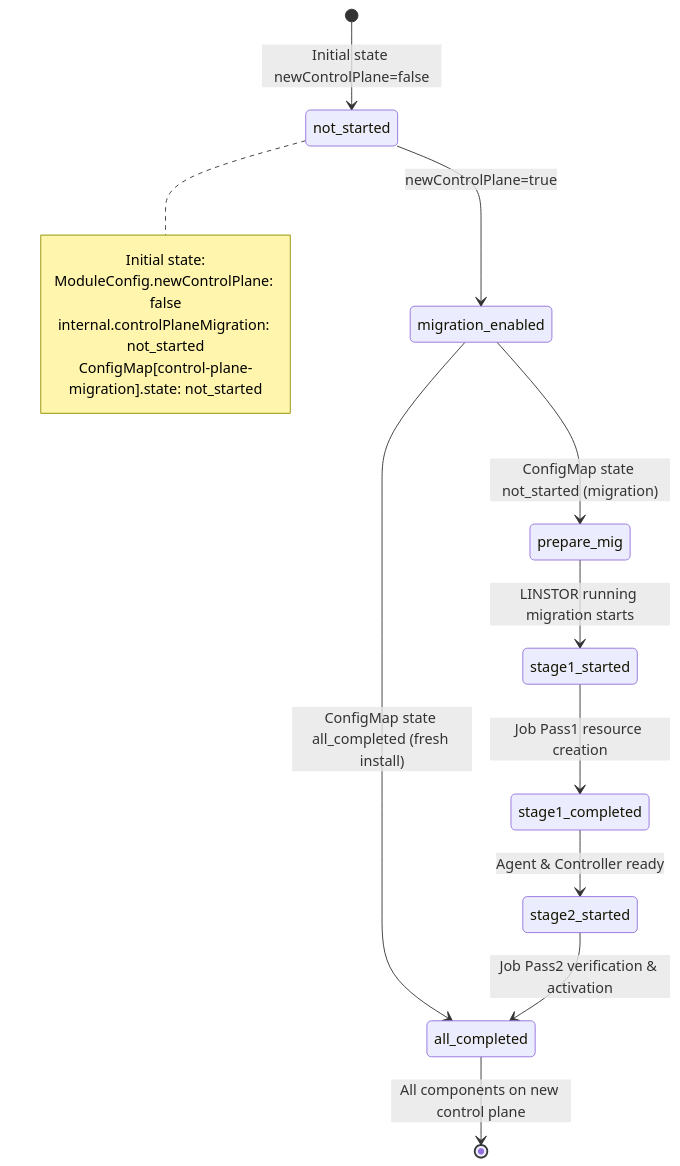
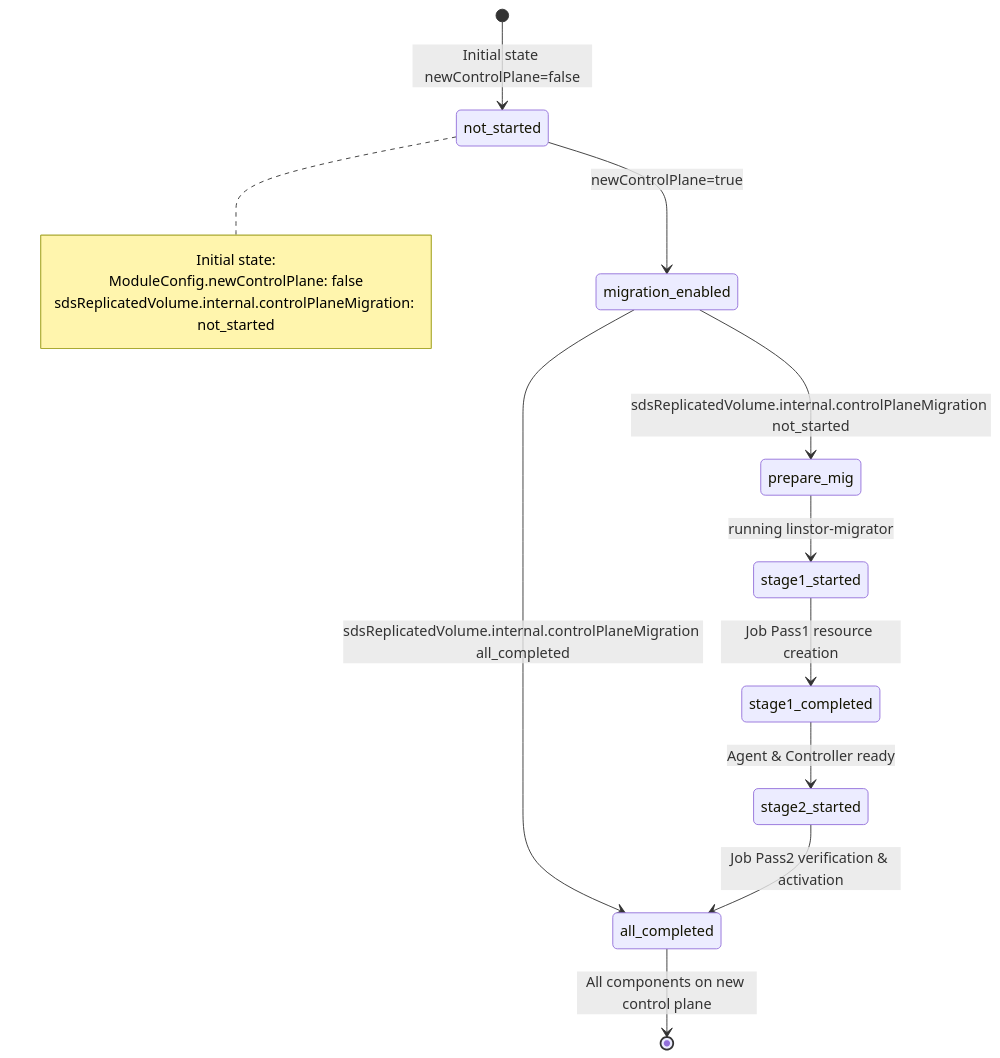
The first of 3 diagrams in docs/dev/CONTROL_PLANE_MIGRATION.md (deckhouse/sds-replicated-volume), drawn with Mermaid before and after one commit. The commit also changed other lines of this file and 22 other files, not shown here.

First line of the commit message:
[hooks] Add control-plane migration state sync

````diff
--- a/docs/dev/CONTROL_PLANE_MIGRATION.md
+++ b/docs/dev/CONTROL_PLANE_MIGRATION.md
@@ -14,25 +15,18 @@
 ```mermaid
 stateDiagram-v2
     [*] --> not_started : Initial state newControlPlane=false
     not_started --> migration_enabled : newControlPlane=true
-    
-    migration_enabled --> all_completed : ConfigMap state all_completed (fresh install)
-    migration_enabled --> prepare_mig : ConfigMap state not_started (migration)
-    
-    prepare_mig --> stage1_started : LINSTOR running migration starts
-    
+    migration_enabled --> all_completed : sdsReplicatedVolume.internal.controlPlaneMigration all_completed
+    migration_enabled --> prepare_mig : sdsReplicatedVolume.internal.controlPlaneMigration not_started
+    prepare_mig --> stage1_started : running linstor-migrator
     stage1_started --> stage1_completed : Job Pass1 resource creation
-    
     stage1_completed --> stage2_started : Agent & Controller ready
-    
     stage2_started --> all_completed : Job Pass2 verification & activation
-    
     all_completed --> [*] : All components on new control plane
 
     note right of not_started
       Initial state:
         ModuleConfig.newControlPlane: false
-        internal.controlPlaneMigration: not_started
-        ConfigMap[control-plane-migration].state: not_started
+        sdsReplicatedVolume.internal.controlPlaneMigration: not_started
     end note
 ```
````
